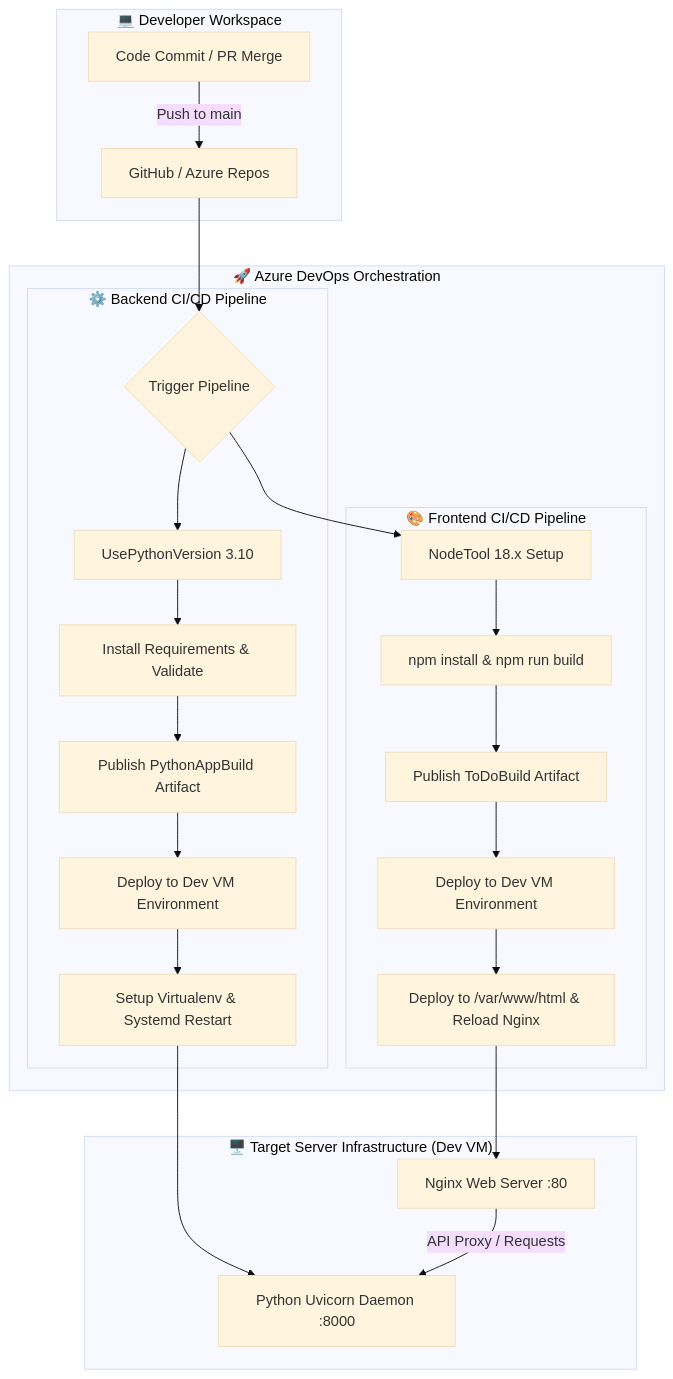
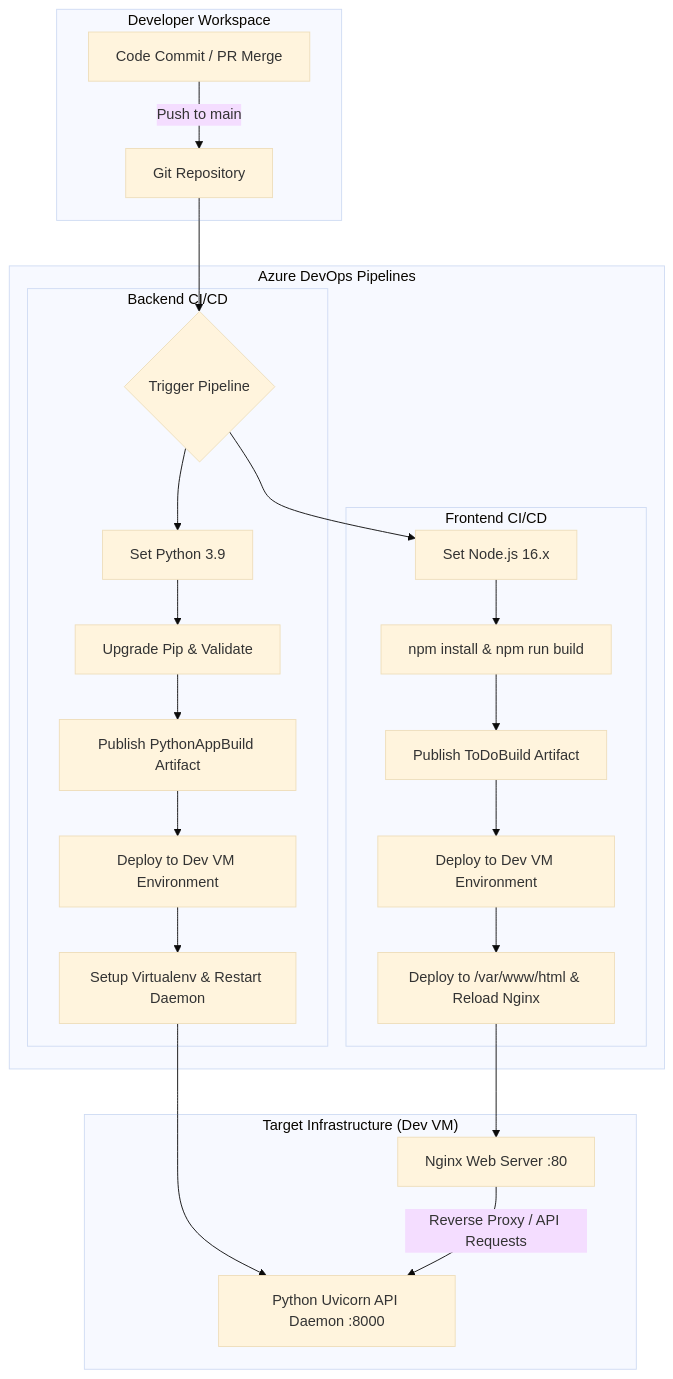
One commit to Pjaisw1103/CICD-Deployment-Automation-Pipeline changed the diagram in README.md. Above: the diagram before and after it, drawn with Mermaid (base theme). The commit also changed other lines of this file, not shown here.

````diff
--- a/README.md
+++ b/README.md
@@ -56,32 +51,32 @@
 ```mermaid
 flowchart TB
-    subgraph Development ["💻 Developer Workspace"]
-        A[Code Commit / PR Merge] -->|Push to main| B[GitHub / Azure Repos]
+    subgraph Dev ["Developer Workspace"]
+        A[Code Commit / PR Merge] -->|Push to main| B[Git Repository]
     end
 
-    subgraph AzureDevOps ["🚀 Azure DevOps Orchestration"]
+    subgraph ADO ["Azure DevOps Pipelines"]
         B --> C{Trigger Pipeline}
         
-        subgraph BackendCI ["⚙️ Backend CI/CD Pipeline"]
-            C --> D1[UsePythonVersion 3.10]
-            D1 --> D2[Install Requirements & Validate]
+        subgraph BackendCI ["Backend CI/CD"]
+            C --> D1[Set Python 3.9]
+            D1 --> D2[Upgrade Pip & Validate]
             D2 --> D3[Publish PythonAppBuild Artifact]
             D3 --> D4[Deploy to Dev VM Environment]
-            D4 --> D5[Setup Virtualenv & Systemd Restart]
+            D4 --> D5[Setup Virtualenv & Restart Daemon]
         end
 
-        subgraph FrontendCI ["🎨 Frontend CI/CD Pipeline"]
-            C --> E1[NodeTool 18.x Setup]
+        subgraph FrontendCI ["Frontend CI/CD"]
+            C --> E1[Set Node.js 16.x]
             E1 --> E2[npm install & npm run build]
             E2 --> E3[Publish ToDoBuild Artifact]
             E3 --> E4[Deploy to Dev VM Environment]
             E4 --> E5[Deploy to /var/www/html & Reload Nginx]
         end
     end
 
-    subgraph Infrastructure ["🖥️ Target Server Infrastructure (Dev VM)"]
-        D5 --> F1[Python Uvicorn Daemon :8000]
+    subgraph Infra ["Target Infrastructure (Dev VM)"]
+        D5 --> F1[Python Uvicorn API Daemon :8000]
         E5 --> F2[Nginx Web Server :80]
-        F2 -->|API Proxy / Requests| F1
+        F2 -->|Reverse Proxy / API Requests| F1
     end
 ```
````
